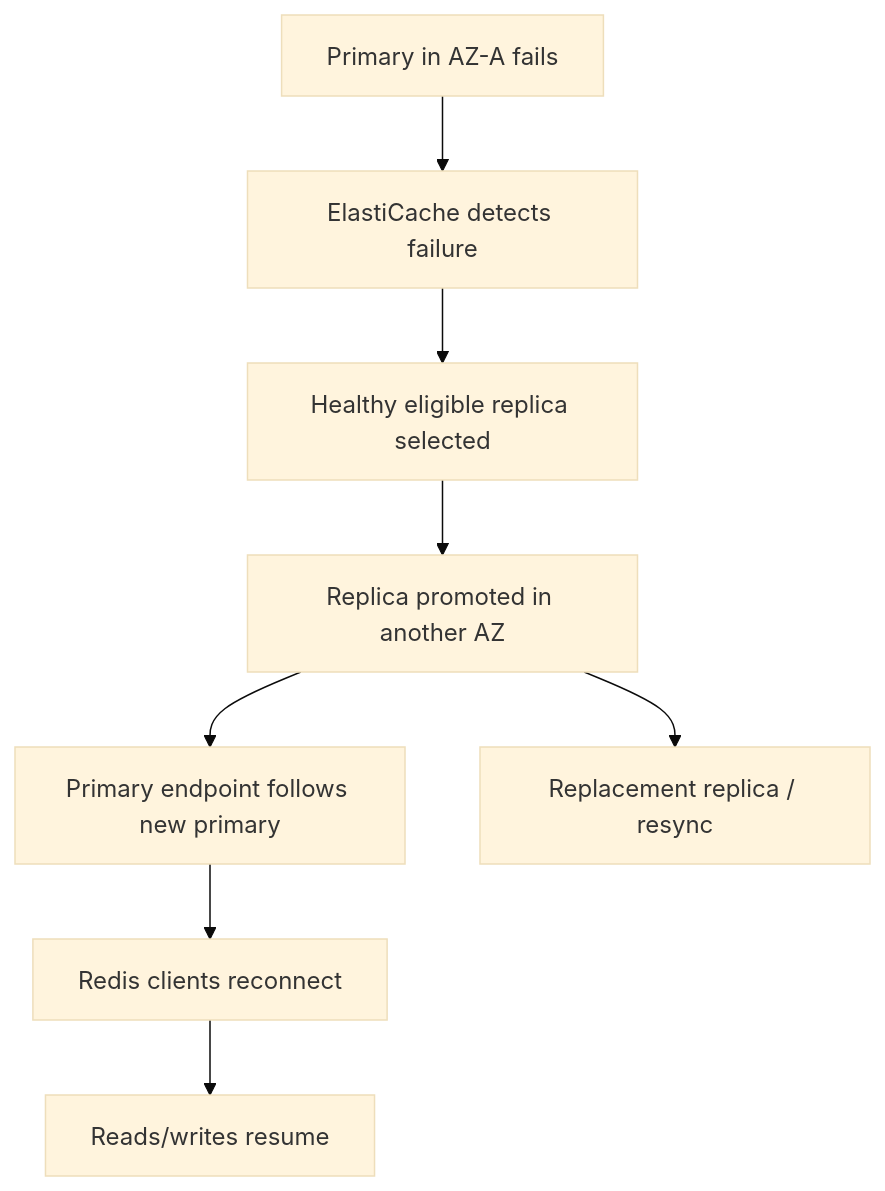
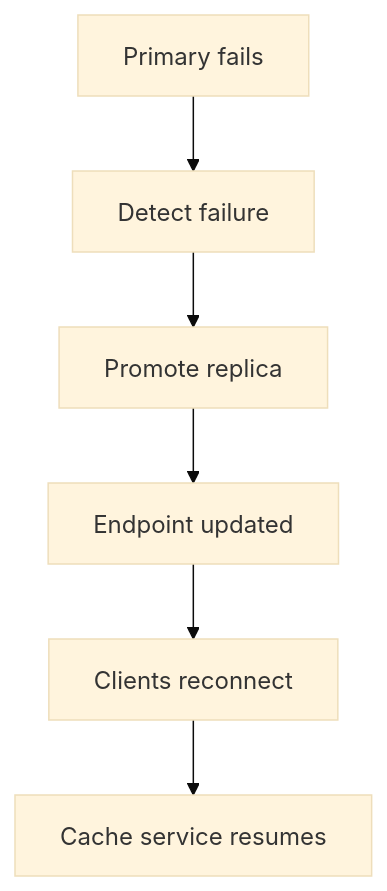
Before and after one commit to Johnybritto/system_design: the tenth of 14 diagrams in system_design_notes/04_caching_strategies_redis_ha_failure_recovery_interview_notes.md, drawn with Mermaid (base theme). The commit also changed other lines of this file, not shown here.

Commit message:
docs: align caching guide with chat Q&A and simplify Mermaid diagrams

````diff
--- a/system_design_notes/04_caching_strategies_redis_ha_failure_recovery_interview_notes.md
+++ b/system_design_notes/04_caching_strategies_redis_ha_failure_recovery_interview_notes.md
@@ -293,13 +312,8 @@
 ```mermaid
 flowchart TD
-  A["Primary in AZ-A fails"]
-  B["ElastiCache detects failure"]
-  C["Healthy eligible replica selected"]
-  D["Replica promoted in another AZ"]
-  E["Primary endpoint follows new primary"]
-  F["Redis clients reconnect"]
-  G["Reads/writes resume"]
-  H["Replacement replica / resync"]
-  A --> B --> C --> D --> E --> F --> G
-  D --> H
+  A["Primary fails"] --> B["Detect failure"]
+  B --> C["Promote replica"]
+  C --> D["Endpoint updated"]
+  D --> E["Clients reconnect"]
+  E --> F["Cache service resumes"]
 ```
````
